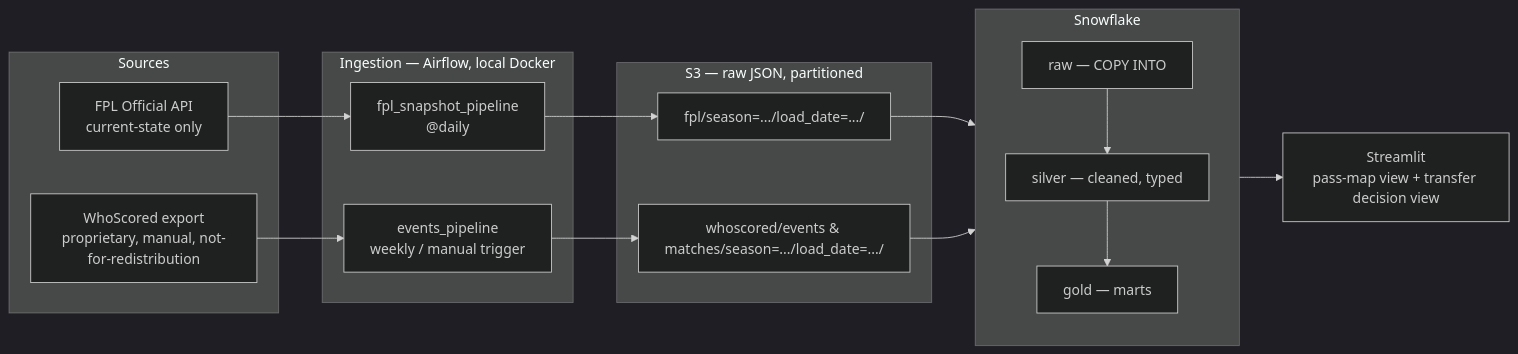
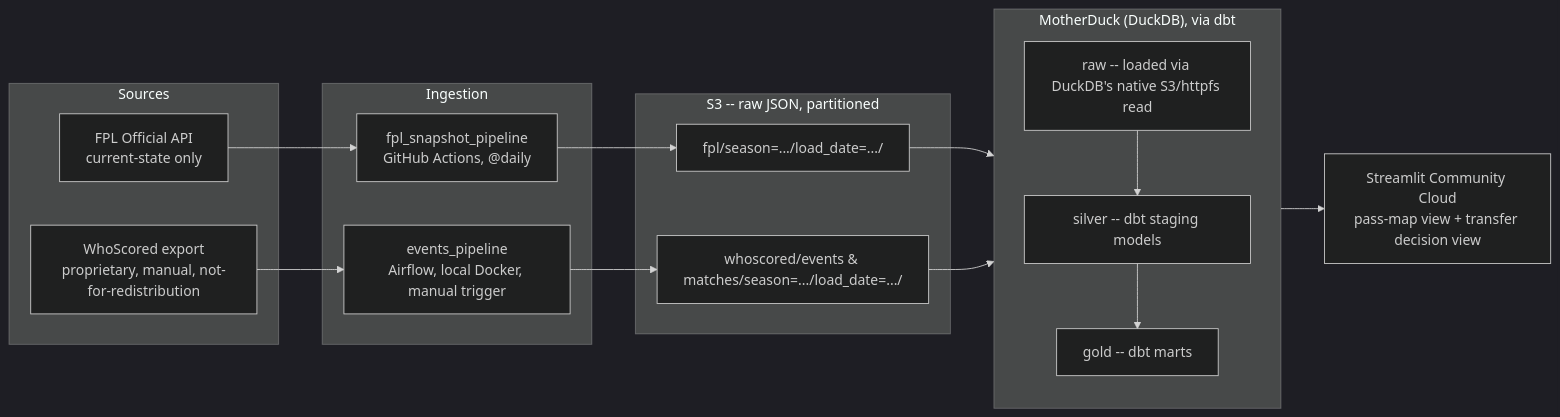
Before and after one commit to liban-osman/premier-league: the diagram in docs/architecture.md, drawn with Mermaid (dark theme). The commit also changed other lines of this file and 20 other files, not shown here.

First line of the commit message:
feat: swap Snowflake for DuckDB/MotherDuck + dbt

````diff
--- a/docs/architecture.md
+++ b/docs/architecture.md
@@ -6,28 +10,28 @@
 ```mermaid
 flowchart LR
     subgraph Sources
         FPL["FPL Official API<br/>current-state only"]
         WS["WhoScored export<br/>proprietary, manual, not-for-redistribution"]
     end
 
-    subgraph Ingestion["Ingestion — Airflow, local Docker"]
-        FPL_TASK["fpl_snapshot_pipeline<br/>@daily"]
-        WS_TASK["events_pipeline<br/>weekly / manual trigger"]
+    subgraph Ingestion["Ingestion"]
+        FPL_TASK["fpl_snapshot_pipeline<br/>GitHub Actions, @daily"]
+        WS_TASK["events_pipeline<br/>Airflow, local Docker, manual trigger"]
     end
 
-    subgraph Landing["S3 — raw JSON, partitioned"]
+    subgraph Landing["S3 -- raw JSON, partitioned"]
         S3_FPL["fpl/season=.../load_date=.../"]
         S3_WS["whoscored/events & matches/season=.../load_date=.../"]
     end
 
-    subgraph Warehouse["Snowflake"]
+    subgraph Warehouse["MotherDuck (DuckDB), via dbt"]
         direction TB
-        RAW["raw — COPY INTO"] --> SILVER["silver — cleaned, typed"] --> GOLD["gold — marts"]
+        RAW["raw -- loaded via DuckDB's native S3/httpfs read"] --> SILVER["silver -- dbt staging models"] --> GOLD["gold -- dbt marts"]
     end
 
-    Consumption["Streamlit<br/>pass-map view + transfer decision view"]
+    Consumption["Streamlit Community Cloud<br/>pass-map view + transfer decision view"]
 
     FPL --> FPL_TASK --> S3_FPL --> RAW
     WS --> WS_TASK --> S3_WS --> RAW
     GOLD --> Consumption
 ```
````
